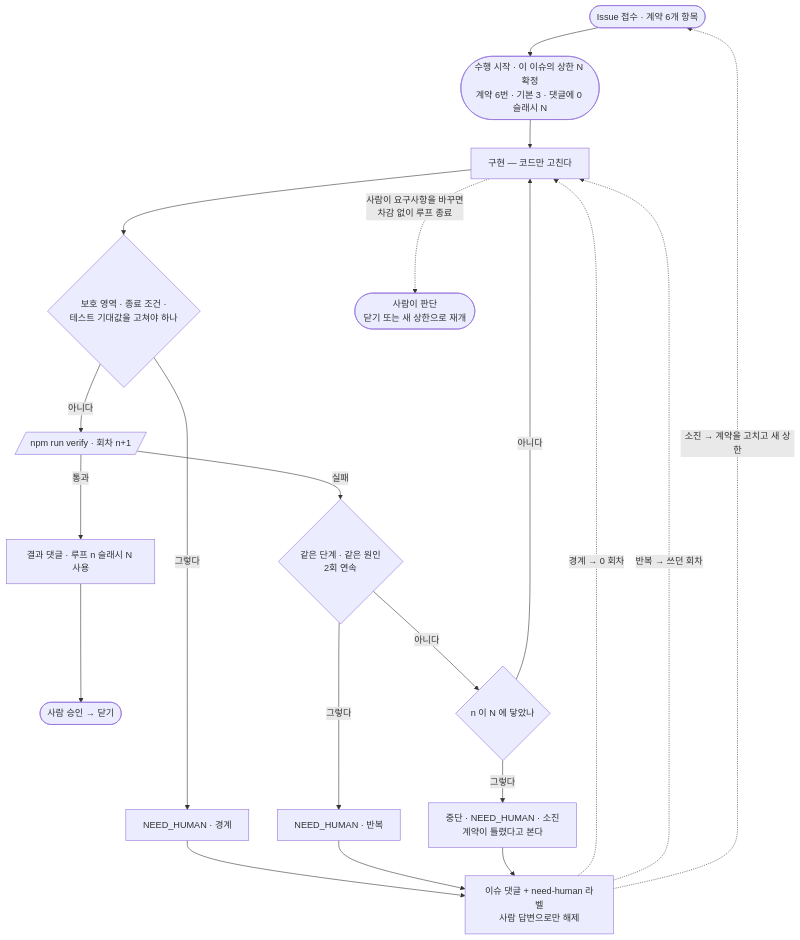
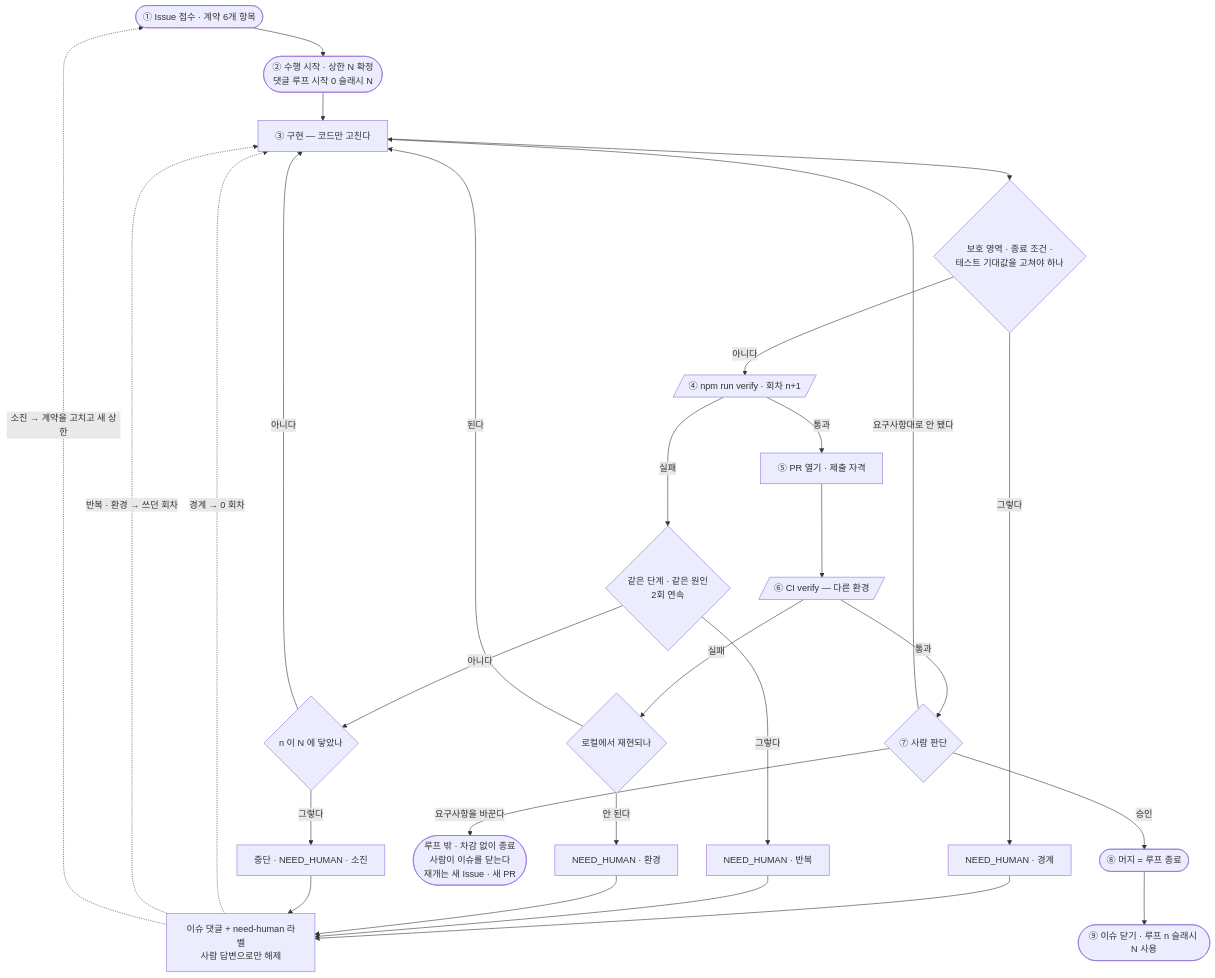
The first of 2 diagrams in docs/harness/loop.md (KIMJONGUK/inventory-poc), drawn with Mermaid before and after one commit. The commit also changed other lines of this file, not shown here.

````diff
--- a/docs/harness/loop.md
+++ b/docs/harness/loop.md
@@ -25,20 +27,30 @@
 ```mermaid
 flowchart TD
-    I([Issue 접수 · 계약 6개 항목]) --> A([수행 시작 · 이 이슈의 상한 N 확정<br/>계약 6번 · 기본 3 · 댓글에 0 슬래시 N]) --> C[구현 — 코드만 고친다]
+    I([① Issue 접수 · 계약 6개 항목]) --> A([② 수행 시작 · 상한 N 확정<br/>댓글 루프 시작 0 슬래시 N])
+    A --> C[③ 구현 — 코드만 고친다]
     C --> B{보호 영역 · 종료 조건 ·<br/>테스트 기대값을 고쳐야 하나}
-    B -- 그렇다 --> H2[NEED_HUMAN · 경계]
-    B -- 아니다 --> V[/npm run verify · 회차 n+1/]
-    V -- 통과 --> D[결과 댓글 · 루프 n 슬래시 N 사용] --> E([사람 승인 → 닫기])
+    B -- 그렇다 --> HB[NEED_HUMAN · 경계]
+    B -- 아니다 --> V[/④ npm run verify · 회차 n+1/]
     V -- 실패 --> R{같은 단계 · 같은 원인<br/>2회 연속}
-    R -- 그렇다 --> H3[NEED_HUMAN · 반복]
+    R -- 그렇다 --> HR[NEED_HUMAN · 반복]
     R -- 아니다 --> L{n 이 N 에 닿았나}
     L -- 아니다 --> C
-    L -- 그렇다 --> H4[중단 · NEED_HUMAN · 소진<br/>계약이 틀렸다고 본다]
-    H2 --> W
-    H3 --> W
-    H4 --> W[이슈 댓글 + need-human 라벨<br/>사람 답변으로만 해제]
+    L -- 그렇다 --> HS[중단 · NEED_HUMAN · 소진]
+    V -- 통과 --> P[⑤ PR 열기 · 제출 자격]
+    P --> CI[/⑥ CI verify — 다른 환경/]
+    CI -- 실패 --> RE{로컬에서 재현되나}
+    RE -- 된다 --> C
+    RE -- 안 된다 --> HE[NEED_HUMAN · 환경]
+    CI -- 통과 --> RV{⑦ 사람 판단}
+    RV -- 요구사항대로 안 됐다 --> C
+    RV -- 요구사항을 바꾼다 --> X([루프 밖 · 차감 없이 종료<br/>사람이 이슈를 닫는다<br/>재개는 새 Issue · 새 PR])
+    RV -- 승인 --> M([⑧ 머지 = 루프 종료])
+    M --> Z([⑨ 이슈 닫기 · 루프 n 슬래시 N 사용])
+    HB --> W
+    HR --> W
+    HE --> W
+    HS --> W[이슈 댓글 + need-human 라벨<br/>사람 답변으로만 해제]
     W -. 경계 → 0 회차 .-> C
-    W -. 반복 → 쓰던 회차 .-> C
+    W -. 반복 · 환경 → 쓰던 회차 .-> C
     W -. 소진 → 계약을 고치고 새 상한 .-> I
-    C -. 사람이 요구사항을 바꾸면<br/>차감 없이 루프 종료 .-> X([사람이 판단<br/>닫기 또는 새 상한으로 재개])
 ```
````
